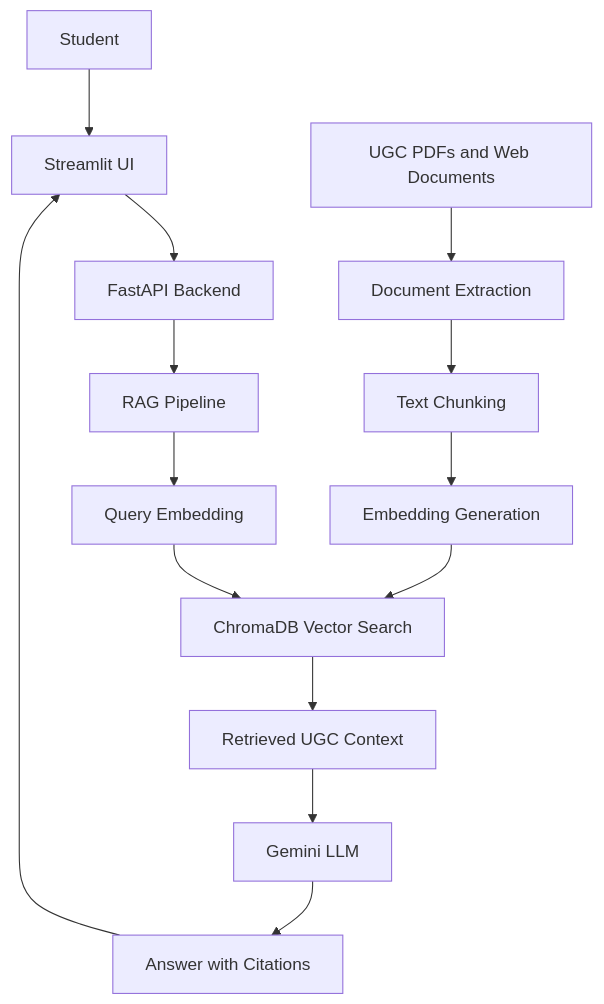
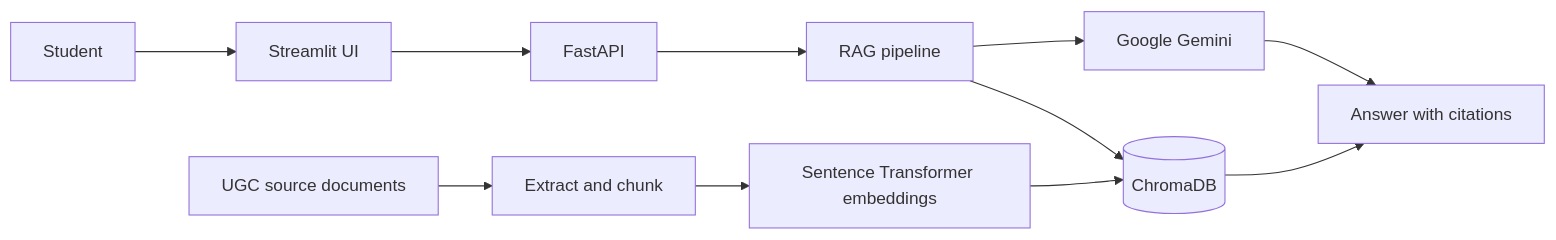
One commit to PriyankaAgwan30/Priyanka_GenAI_Training changed the diagram in UGCRuleBook/README.md. Above: the diagram before and after it, drawn with Mermaid. The commit also changed other lines of this file and 20 other files, not shown here.

````diff
--- a/UGCRuleBook/README.md
+++ b/UGCRuleBook/README.md
@@ -108,17 +26,13 @@
 ```mermaid
-flowchart TD
-    A[Student] --> B[Streamlit UI]
-    B --> C[FastAPI Backend]
-    C --> D[RAG Pipeline]
-    D --> E[Query Embedding]
-    E --> F[ChromaDB Vector Search]
-    F --> G[Retrieved UGC Context]
-    G --> H[Gemini LLM]
-    H --> I[Answer with Citations]
-    I --> B
-
-    J[UGC PDFs and Web Documents] --> K[Document Extraction]
-    K --> L[Text Chunking]
-    L --> M[Embedding Generation]
-    M --> F
+flowchart LR
+    Student --> UI[Streamlit UI]
+    UI --> API[FastAPI]
+    API --> RAG[RAG pipeline]
+    RAG --> Chroma[(ChromaDB)]
+    RAG --> LLM[Google Gemini]
+    Raw[UGC source documents] --> Extract[Extract and chunk]
+    Extract --> Embed[Sentence Transformer embeddings]
+    Embed --> Chroma
+    LLM --> Answer[Answer with citations]
+    Chroma --> Answer
 ```
````
